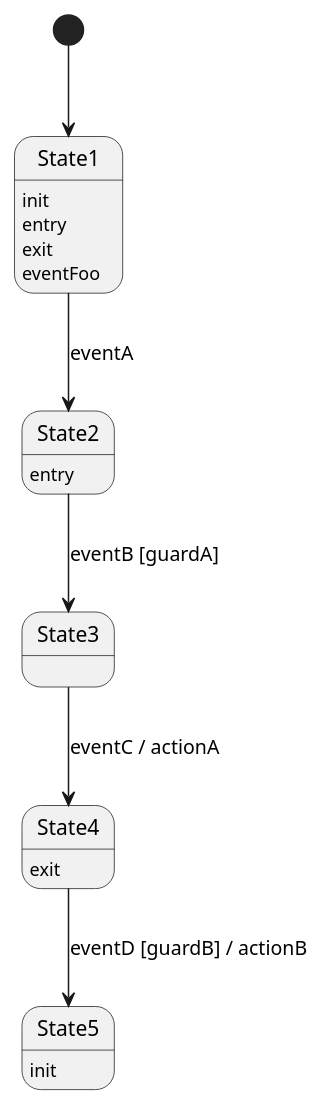
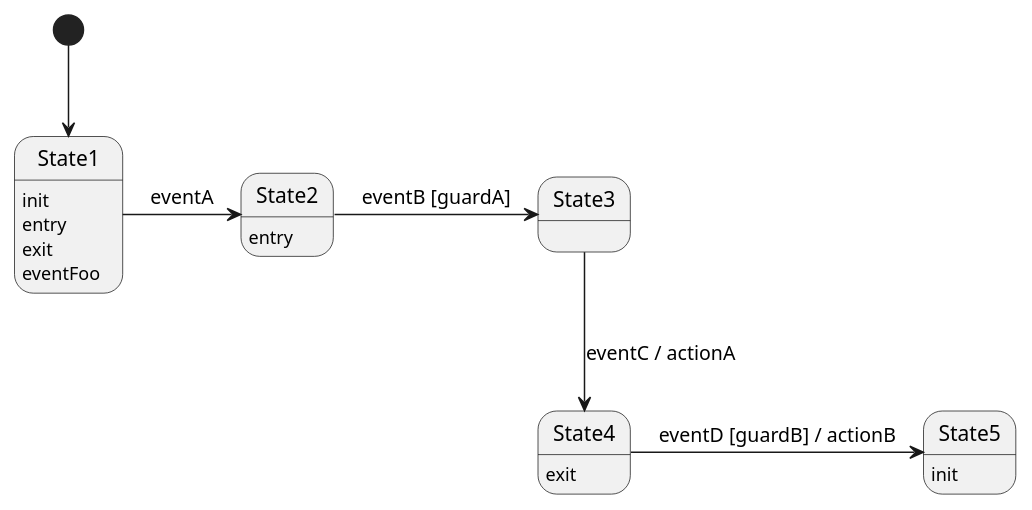
The diagram in plantuml/fsm.puml (sandrogort/state-surf), drawn with PlantUML before and after one commit. The commit also changed 4 other files, not shown here.

```diff
--- a/plantuml/fsm.puml
+++ b/plantuml/fsm.puml
@@ -1,21 +1,21 @@
 @startuml
 
 [*] --> State1
 
-State1 --> State2 : eventA
+State1 -> State2 : eventA
 State1 : init 
 State1 : entry 
 State1 : exit
 State1 : eventFoo
 
-State2 --> State3 : eventB [guardA]
+State2 -> State3 : eventB [guardA]
 State2 : entry
 
 State3 --> State4 : eventC / actionA
 
-State4 --> State5 : eventD [guardB] / actionB
+State4 -> State5 : eventD [guardB] / actionB
 State4 : exit
 
 State5 : init
 
 @enduml
```
